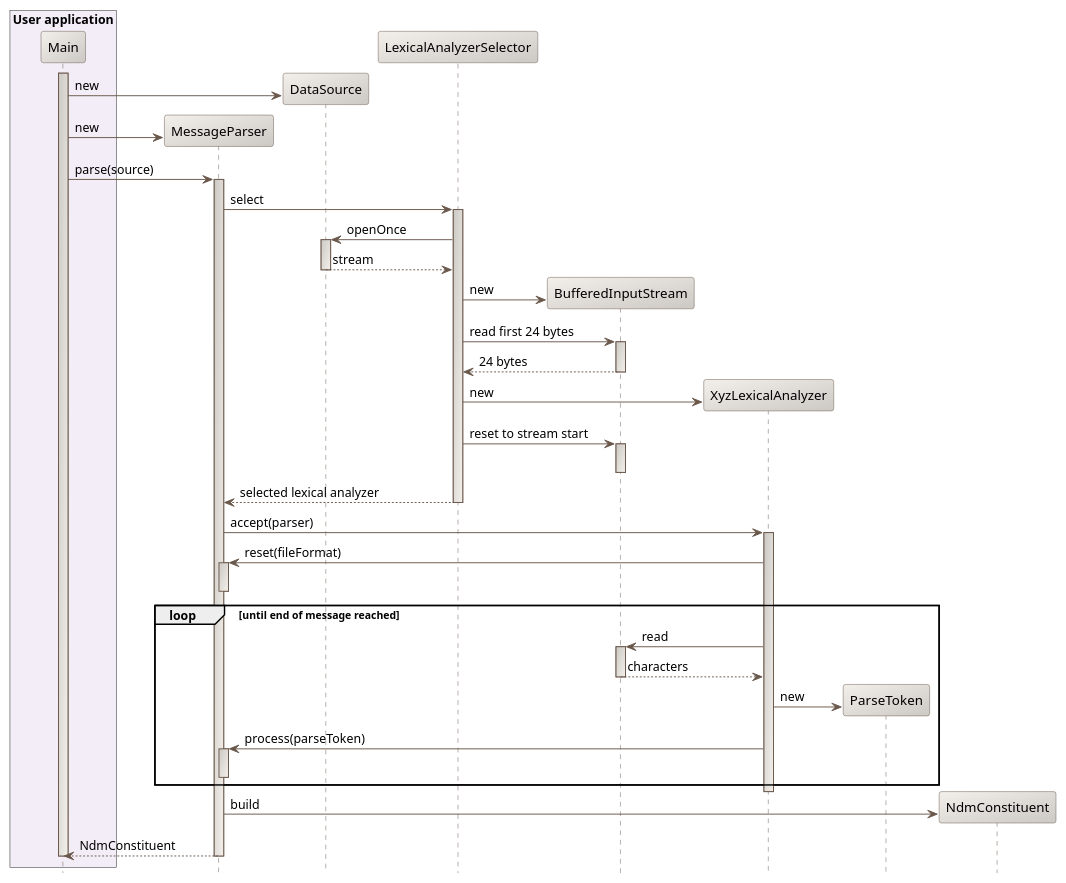
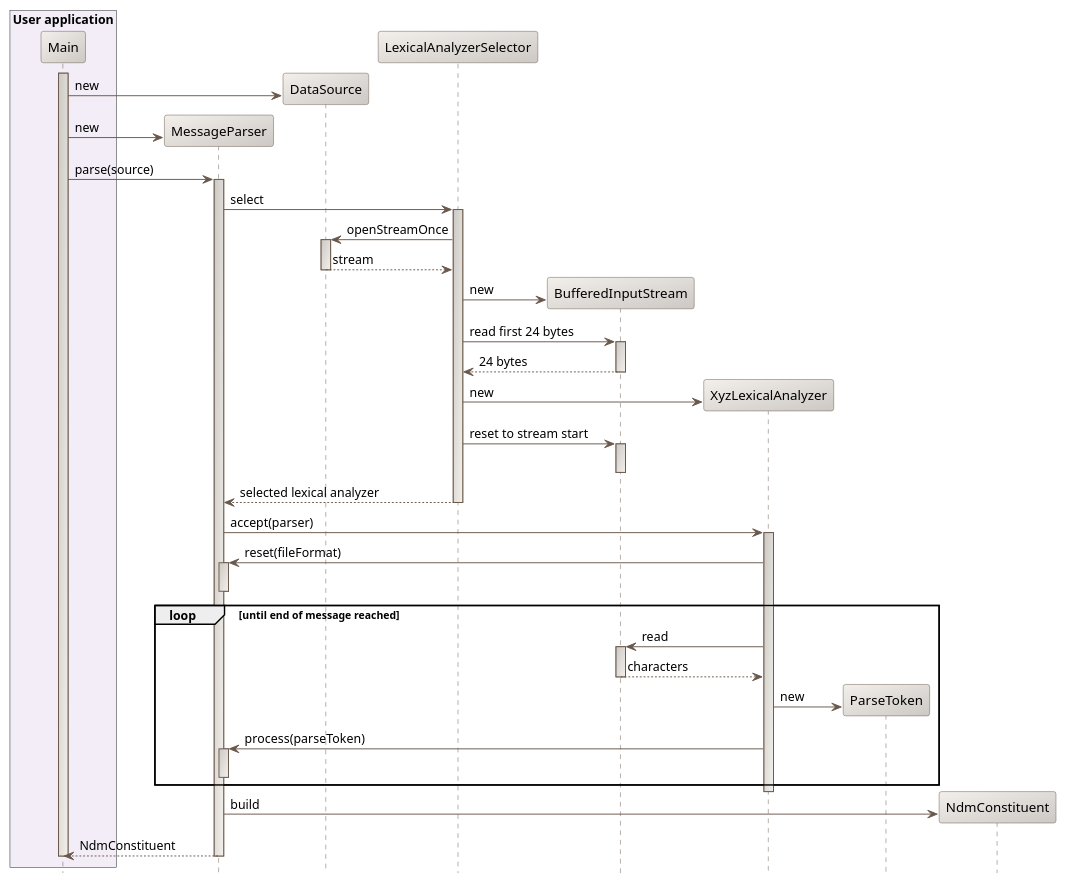
Before and after one commit to CS-SI/Orekit: the diagram in src/design/ccsds-lexical-analysis-sequence-diagram.puml, drawn with PlantUML. The commit also changed 28 other files, not shown here.

Commit message:
Allow DataSource to be set up from a Reader.

```diff
--- a/src/design/ccsds-lexical-analysis-sequence-diagram.puml
+++ b/src/design/ccsds-lexical-analysis-sequence-diagram.puml
@@ -17,78 +17,78 @@
 @startuml
 
   skinparam svek                                true
   skinparam NoteBackgroundColor                 #F3EFEB
   skinparam NoteBorderColor                     #691616
   skinparam NoteFontColor                       #691616
   skinparam SequenceActorBorderColor            #6A584B
   skinparam SequenceParticipantBackgroundColor  #F3EFEB/CCC9C5
   skinparam SequenceParticipantBorderColor      #6A584B
   skinparam SequenceLifeLineBackgroundColor     #CCC9C5/F3EFEB
   skinparam SequenceLifeLineBorderColor         #6A584B
   skinparam SequenceArrowColor                  #6A584B
   skinparam SequenceBorderColor                 #6A584B
   skinparam SequenceFontSize                    11
 
   hide footbox
 
   box "User application" #F3EDF7
     participant Main
   end box
   participant MessageParser
   participant DataSource
   participant LexicalAnalyzerSelector
   participant BufferedInputStream
   participant XyzLexicalAnalyzer
   participant ParseToken
   participant NdmConstituent
 
   activate Main
     create DataSource
     Main -> DataSource : new
     create MessageParser
     Main -> MessageParser : new
     Main -> MessageParser : parse(source)
     activate MessageParser
       MessageParser -> LexicalAnalyzerSelector : select
       activate LexicalAnalyzerSelector
-        LexicalAnalyzerSelector -> DataSource : openOnce
+        LexicalAnalyzerSelector -> DataSource : openStreamOnce
         activate DataSource
           return stream
         deactivate DataSource
         create BufferedInputStream
         LexicalAnalyzerSelector -> BufferedInputStream : new
         LexicalAnalyzerSelector -> BufferedInputStream : read first 24 bytes
         activate BufferedInputStream
           BufferedInputStream --> LexicalAnalyzerSelector : 24 bytes
         deactivate BufferedInputStream
         create XyzLexicalAnalyzer
         LexicalAnalyzerSelector -> XyzLexicalAnalyzer : new
         LexicalAnalyzerSelector -> BufferedInputStream : reset to stream start
         activate BufferedInputStream
         deactivate BufferedInputStream
         LexicalAnalyzerSelector --> MessageParser : selected lexical analyzer
       deactivate LexicalAnalyzerSelector
       MessageParser -> XyzLexicalAnalyzer : accept(parser)
       activate XyzLexicalAnalyzer
         XyzLexicalAnalyzer -> MessageParser : reset(fileFormat)
         activate MessageParser
         deactivate MessageParser
         loop until end of message reached
           XyzLexicalAnalyzer -> BufferedInputStream : read
           activate BufferedInputStream
             BufferedInputStream --> XyzLexicalAnalyzer : characters
           deactivate BufferedInputStream
           create ParseToken
           XyzLexicalAnalyzer -> ParseToken : new
         XyzLexicalAnalyzer -> MessageParser : process(parseToken)
         activate MessageParser
         deactivate MessageParser
         end
       deactivate XyzLexicalAnalyzer
       create NdmConstituent
       MessageParser -> NdmConstituent : build
       MessageParser --> Main : NdmConstituent
     deactivate MessageParser
   deactivate Main
 
 @enduml
```
